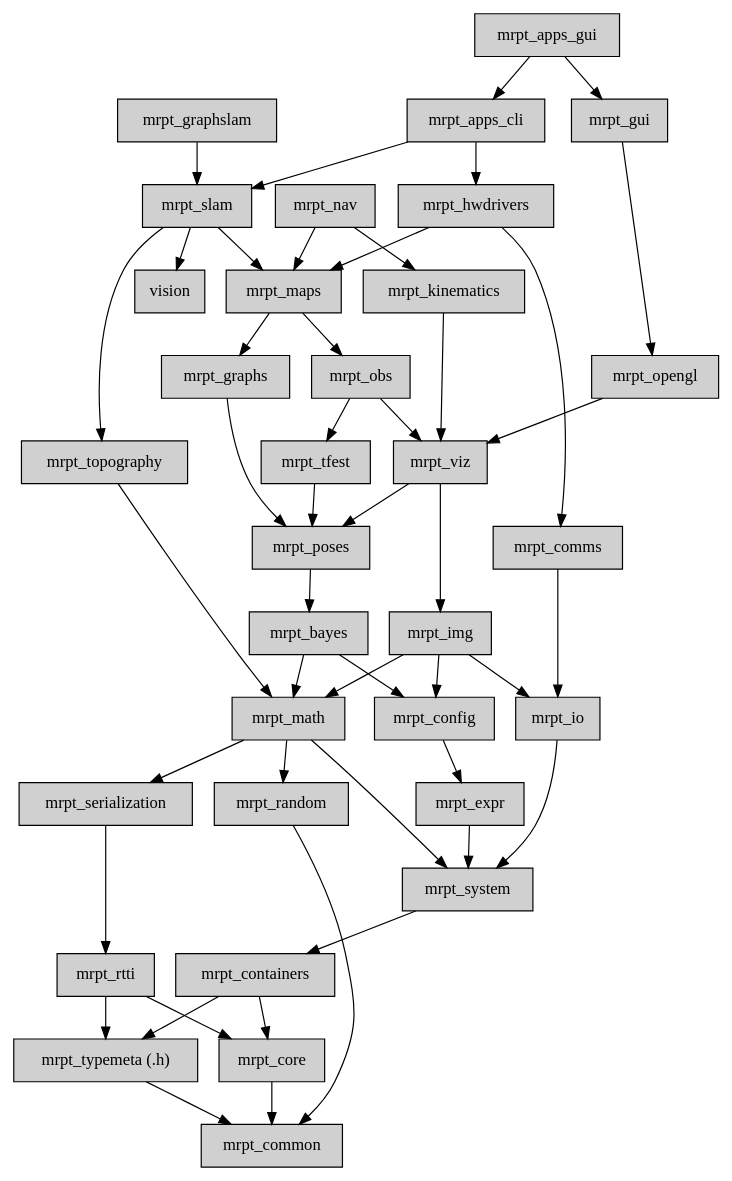
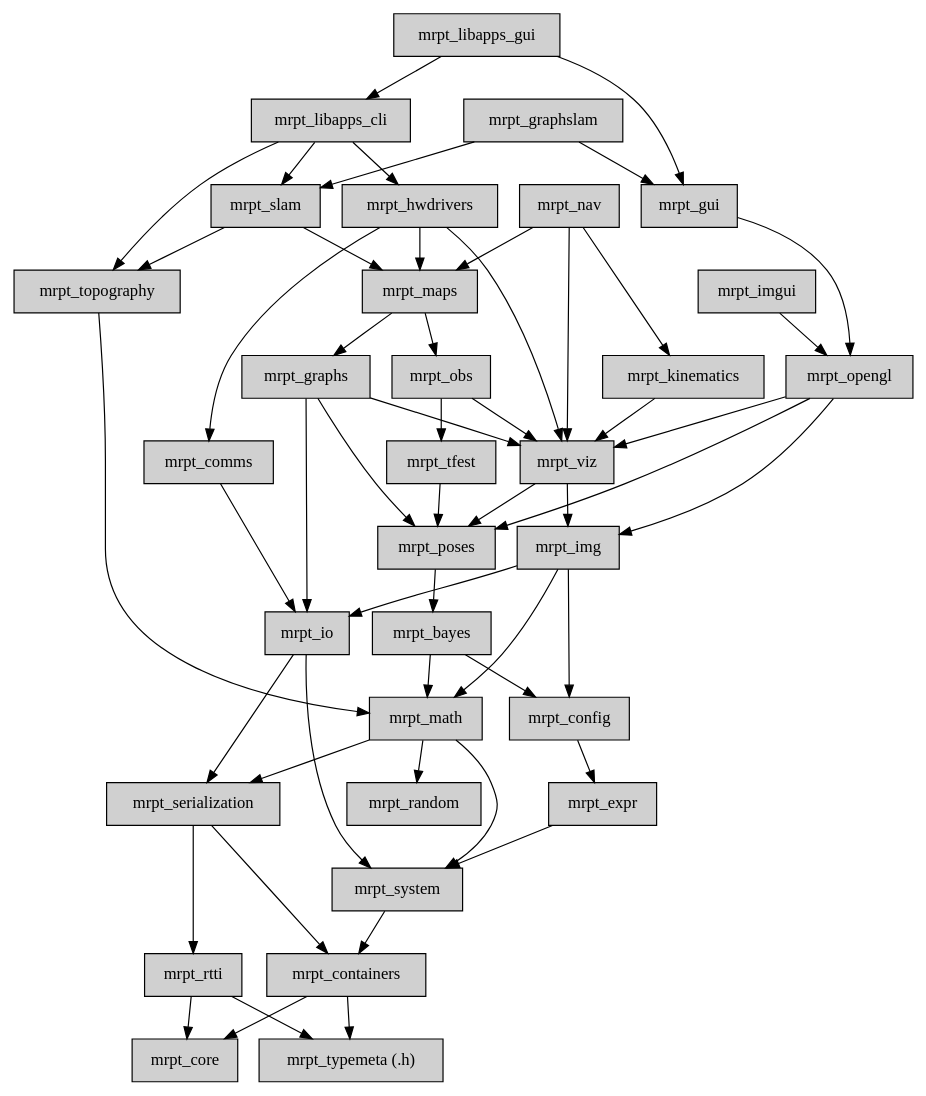
Before and after one commit to MRPT/mrpt: the diagram in doc/source/images/graph_mrpt_libs.dot, drawn with Graphviz. The commit also changed 9 other files, not shown here.

Commit message:
docs: modules graph generated from package.xml; list mrpt_viz; fix stray sidebar entries

```diff
--- a/doc/source/images/graph_mrpt_libs.dot
+++ b/doc/source/images/graph_mrpt_libs.dot
@@ -1,113 +1,87 @@
 digraph MRPT_LIBS {
-
-	node [shape=box,style=filled, fillcolor="#D0D0D0"];
-
-	common [label="mrpt_common",URL="mrpt_common.html"];
-
-	apps_gui [label="mrpt_apps_gui",URL="group_mrpt_apps_gui_grp.html"];
-	apps_gui -> apps_cli;
-	apps_gui -> gui;
-
-	apps_cli [label="mrpt_apps_cli",URL="group_mrpt_apps_cli_grp.html"];
-	apps_cli -> slam;
-	apps_cli -> hwdrivers;
-
-	bayes [label="mrpt_bayes",URL="group_mrpt_bayes_grp.html"];
-	bayes -> math;
-	bayes -> config;
-
-	comms [label="mrpt_comms",URL="group_mrpt_comms_grp.html"];
-	comms -> io;
-
-	config   [label="mrpt_config",URL="group_mrpt_config_grp.html"];
-	config -> expr;
-
-	containers  [label="mrpt_containers",URL="group_mrpt_containers_grp.html"];
-	containers -> core;
-	containers -> typemeta;
-
-	core       [label="mrpt_core",URL="group_mrpt_core_grp.html"];
-	core -> common;
-
-	expr       [label="mrpt_expr",URL="group_mrpt_expr_grp.html"];
-	expr -> system;
-
-	graphs     [label="mrpt_graphs",URL="group_mrpt_graphs_grp.html"];
-	graphs -> poses;
-
-	graphslam  [label="mrpt_graphslam",URL="group_mrpt_graphslam_grp.html"];
-	graphslam -> slam;
-
-	gui        [label="mrpt_gui",URL="group_mrpt_gui_grp.html"];
-	gui -> opengl;
-
-	viz        [label="mrpt_viz",URL="group_mrpt_viz_grp.html"];
-	viz -> poses;
-	viz -> img;
-
-	hwdrivers  [label="mrpt_hwdrivers",URL="group_mrpt_hwdrivers_grp.html"];
-	hwdrivers -> comms;
-	hwdrivers -> maps;
-
-	img [label="mrpt_img",URL="group_mrpt_img_grp.html"];
-	img  -> io;
-	img  -> math;
-	img  -> config;
-
-	io [label="mrpt_io",URL="group_mrpt_io_grp.html"];
-	io  -> system;
-
-	kinematics [label="mrpt_kinematics",URL="group_mrpt_kinematics_grp.html"];
-	kinematics -> viz;
-
-	maps       [label="mrpt_maps",URL="group_mrpt_maps_grp.html"];
-	maps -> graphs;
-	maps -> obs;
-
-	math       [label="mrpt_math",URL="group_mrpt_math_grp.html"];
-	math -> serialization;
-	math -> random;
-	math -> system;
-
-	nav        [label="mrpt_nav",URL="group_mrpt_nav_grp.html"];
-	nav -> kinematics;
-	nav -> maps;
-
-	obs        [label="mrpt_obs",URL="group_mrpt_obs_grp.html"];
-	obs -> viz;
-	obs -> tfest;
-
-	opengl     [label="mrpt_opengl", URL="group_mrpt_opengl_grp.html"];
-	opengl -> viz;
-
-	poses     [label="mrpt_poses",URL="group_mrpt_poses_grp.html"];
-	poses -> bayes;
-
-	random     [label="mrpt_random",URL="group_mrpt_random_grp.html"];
-	random -> common;
-
-	rtti     [label="mrpt_rtti",URL="group_mrpt_rtti_grp.html"];
-	rtti -> core;
-	rtti -> typemeta;
-
-	serialization [label="mrpt_serialization",URL="group_mrpt_serialization_grp.html"];
-	serialization -> rtti;
-
-	slam       [label="mrpt_slam",URL="group_mrpt_slam_grp.html"];
-	slam -> maps;
-	slam -> vision;
-	slam -> topography;
-
-	system     [label="mrpt_system",URL="group_mrpt_system_grp.html"];
-	system -> containers;
-
-	tfest      [label="mrpt_tfest",URL="group_mrpt_tfest_grp.html"];
-	tfest -> poses;
-
-	topography [label="mrpt_topography",URL="group_mrpt_topography_grp.html"];
-	topography -> math;
-
-	typemeta [label="mrpt_typemeta (.h)",URL="group_mrpt_typemeta_grp.html"];
-	typemeta -> common;
-
+  node [shape=box, style=filled, fillcolor="#D0D0D0"];
+  mrpt_bayes [label="mrpt_bayes", URL="group_mrpt_bayes_grp.html"];
+  mrpt_bayes -> mrpt_config;
+  mrpt_bayes -> mrpt_math;
+  mrpt_comms [label="mrpt_comms", URL="group_mrpt_comms_grp.html"];
+  mrpt_comms -> mrpt_io;
+  mrpt_config [label="mrpt_config", URL="group_mrpt_config_grp.html"];
+  mrpt_config -> mrpt_expr;
+  mrpt_containers [label="mrpt_containers", URL="group_mrpt_containers_grp.html"];
+  mrpt_containers -> mrpt_core;
+  mrpt_containers -> mrpt_typemeta;
+  mrpt_core [label="mrpt_core", URL="group_mrpt_core_grp.html"];
+  mrpt_expr [label="mrpt_expr", URL="group_mrpt_expr_grp.html"];
+  mrpt_expr -> mrpt_system;
+  mrpt_graphs [label="mrpt_graphs", URL="group_mrpt_graphs_grp.html"];
+  mrpt_graphs -> mrpt_io;
+  mrpt_graphs -> mrpt_poses;
+  mrpt_graphs -> mrpt_viz;
+  mrpt_graphslam [label="mrpt_graphslam", URL="group_mrpt_graphslam_grp.html"];
+  mrpt_graphslam -> mrpt_gui;
+  mrpt_graphslam -> mrpt_slam;
+  mrpt_gui [label="mrpt_gui", URL="group_mrpt_gui_grp.html"];
+  mrpt_gui -> mrpt_opengl;
+  mrpt_hwdrivers [label="mrpt_hwdrivers", URL="group_mrpt_hwdrivers_grp.html"];
+  mrpt_hwdrivers -> mrpt_comms;
+  mrpt_hwdrivers -> mrpt_maps;
+  mrpt_hwdrivers -> mrpt_viz;
+  mrpt_img [label="mrpt_img", URL="group_mrpt_img_grp.html"];
+  mrpt_img -> mrpt_config;
+  mrpt_img -> mrpt_io;
+  mrpt_img -> mrpt_math;
+  mrpt_imgui [label="mrpt_imgui", URL="group_mrpt_imgui_grp.html"];
+  mrpt_imgui -> mrpt_opengl;
+  mrpt_io [label="mrpt_io", URL="group_mrpt_io_grp.html"];
+  mrpt_io -> mrpt_serialization;
+  mrpt_io -> mrpt_system;
+  mrpt_kinematics [label="mrpt_kinematics", URL="group_mrpt_kinematics_grp.html"];
+  mrpt_kinematics -> mrpt_viz;
+  mrpt_libapps_cli [label="mrpt_libapps_cli", URL="group_mrpt_apps_grp.html"];
+  mrpt_libapps_cli -> mrpt_hwdrivers;
+  mrpt_libapps_cli -> mrpt_slam;
+  mrpt_libapps_cli -> mrpt_topography;
+  mrpt_libapps_gui [label="mrpt_libapps_gui", URL="group_mrpt_apps_grp.html"];
+  mrpt_libapps_gui -> mrpt_gui;
+  mrpt_libapps_gui -> mrpt_libapps_cli;
+  mrpt_maps [label="mrpt_maps", URL="group_mrpt_maps_grp.html"];
+  mrpt_maps -> mrpt_graphs;
+  mrpt_maps -> mrpt_obs;
+  mrpt_math [label="mrpt_math", URL="group_mrpt_math_grp.html"];
+  mrpt_math -> mrpt_random;
+  mrpt_math -> mrpt_serialization;
+  mrpt_math -> mrpt_system;
+  mrpt_nav [label="mrpt_nav", URL="group_mrpt_nav_grp.html"];
+  mrpt_nav -> mrpt_kinematics;
+  mrpt_nav -> mrpt_maps;
+  mrpt_nav -> mrpt_viz;
+  mrpt_obs [label="mrpt_obs", URL="group_mrpt_obs_grp.html"];
+  mrpt_obs -> mrpt_tfest;
+  mrpt_obs -> mrpt_viz;
+  mrpt_opengl [label="mrpt_opengl", URL="group_mrpt_opengl_grp.html"];
+  mrpt_opengl -> mrpt_img;
+  mrpt_opengl -> mrpt_poses;
+  mrpt_opengl -> mrpt_viz;
+  mrpt_poses [label="mrpt_poses", URL="group_mrpt_poses_grp.html"];
+  mrpt_poses -> mrpt_bayes;
+  mrpt_random [label="mrpt_random", URL="group_mrpt_random_grp.html"];
+  mrpt_rtti [label="mrpt_rtti", URL="group_mrpt_rtti_grp.html"];
+  mrpt_rtti -> mrpt_core;
+  mrpt_rtti -> mrpt_typemeta;
+  mrpt_serialization [label="mrpt_serialization", URL="group_mrpt_serialization_grp.html"];
+  mrpt_serialization -> mrpt_containers;
+  mrpt_serialization -> mrpt_rtti;
+  mrpt_slam [label="mrpt_slam", URL="group_mrpt_slam_grp.html"];
+  mrpt_slam -> mrpt_maps;
+  mrpt_slam -> mrpt_topography;
+  mrpt_system [label="mrpt_system", URL="group_mrpt_system_grp.html"];
+  mrpt_system -> mrpt_containers;
+  mrpt_tfest [label="mrpt_tfest", URL="group_mrpt_tfest_grp.html"];
+  mrpt_tfest -> mrpt_poses;
+  mrpt_topography [label="mrpt_topography", URL="group_mrpt_topography_grp.html"];
+  mrpt_topography -> mrpt_math;
+  mrpt_typemeta [label="mrpt_typemeta (.h)", URL="group_mrpt_typemeta_grp.html"];
+  mrpt_viz [label="mrpt_viz", URL="group_mrpt_viz_grp.html"];
+  mrpt_viz -> mrpt_img;
+  mrpt_viz -> mrpt_poses;
 }
```
